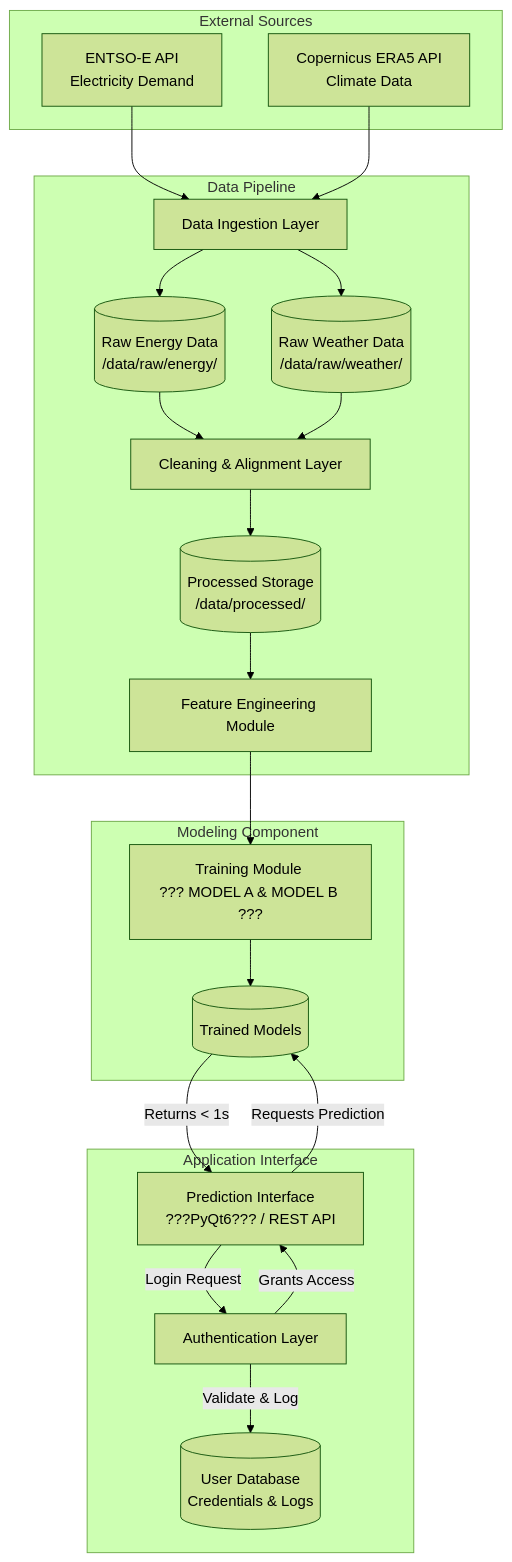
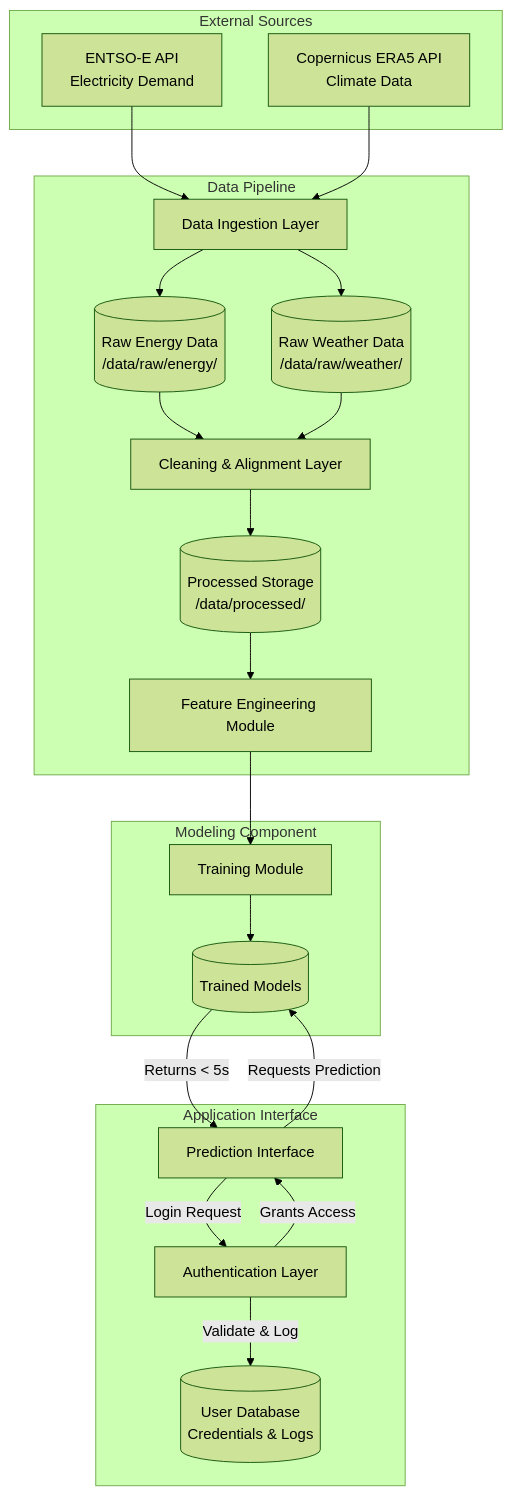
One commit to Pedr0S22/climate-driven-energy-demand-analytics-system changed the diagram in Architecture/ARCHITECTURE.md. Above: the diagram before and after it, drawn with Mermaid (forest theme). The commit also changed other lines of this file, not shown here.

Commit message:
fixed arch diagram

````diff
--- a/Architecture/ARCHITECTURE.md
+++ b/Architecture/ARCHITECTURE.md
@@ -11,50 +10,50 @@
 ```mermaid
 flowchart TD
     %% External Sources
     subgraph External Sources
         ENTSOE[ENTSO-E API <br> Electricity Demand]
         ERA5[Copernicus ERA5 API <br> Climate Data]
     end
 
     %% Data Ingestion & Storage
     subgraph Data Pipeline
         Ingestion[Data Ingestion Layer]
         RawEnergy[(Raw Energy Data <br> /data/raw/energy/)]
         RawWeather[(Raw Weather Data <br> /data/raw/weather/)]
         Cleaning[Cleaning & Alignment Layer]
         ProcStorage[(Processed Storage <br> /data/processed/)]
         FeatEng[Feature Engineering Module]
     end
 
     %% Machine Learning Core
     subgraph Modeling Component
-        Trainer[Training Module <br>??? MODEL A & MODEL B ???]
+        Trainer[Training Module]
         Models[(Trained Models)]
     end
 
     %% User Interaction & Security
     subgraph Application Interface
-        UI[Prediction Interface <br> ???PyQt6??? / REST API]
+        UI[Prediction Interface]
         Auth[Authentication Layer]
         UserDB[(User Database <br> Credentials & Logs)]
     end
 
     %% Connections
     ENTSOE --> Ingestion
     ERA5 --> Ingestion
     Ingestion --> RawEnergy
     Ingestion --> RawWeather
     RawEnergy --> Cleaning
     RawWeather --> Cleaning
     Cleaning --> ProcStorage
     ProcStorage --> FeatEng
     FeatEng --> Trainer
     Trainer --> Models
 
     UI -- Login Request --> Auth
     Auth -- Validate & Log --> UserDB
     Auth -- Grants Access --> UI
     
     UI -- Requests Prediction --> Models
-    Models -- Returns < 1s --> UI
+    Models -- Returns < 5s --> UI
 ```
````
